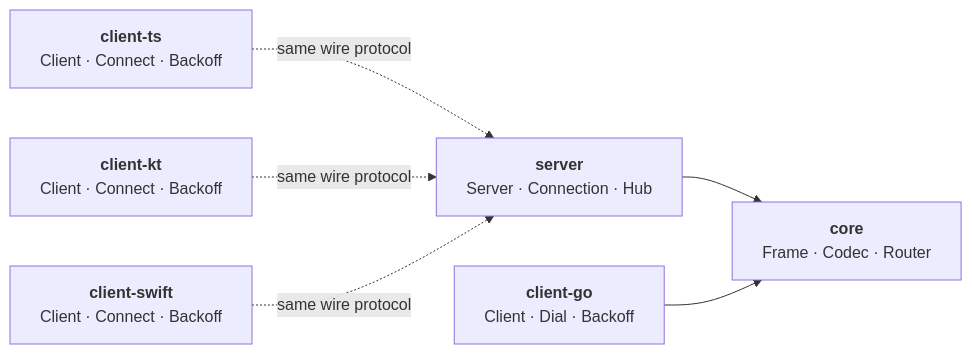
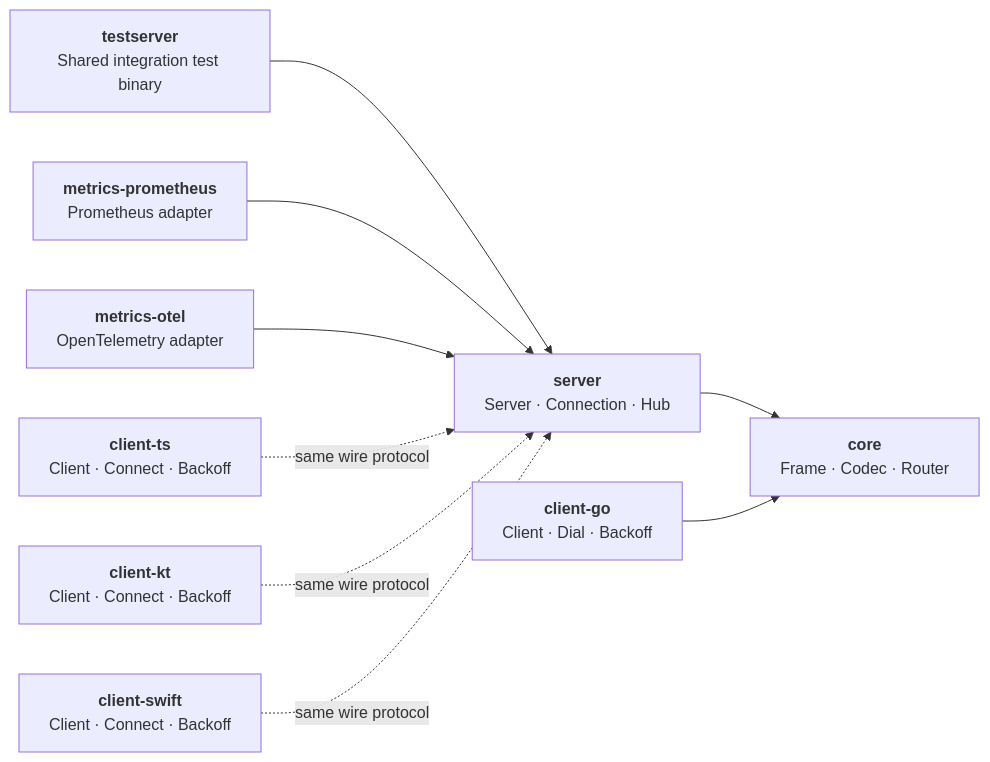
The diagram in profile/README.md (wspulse/.github), drawn with Mermaid before and after one commit. The commit also changed other lines of this file, not shown here.

````diff
--- a/profile/README.md
+++ b/profile/README.md
@@ -7,14 +7,21 @@
 ```mermaid
 graph LR
-    core["<b>core</b><br/>Frame · Codec · Router"]
-    server["<b>server</b><br/>Server · Connection · Hub"]
-    client-go["<b>client-go</b><br/>Client · Dial · Backoff"]
-    client-ts["<b>client-ts</b><br/>Client · Connect · Backoff"]
-    client-kt["<b>client-kt</b><br/>Client · Connect · Backoff"]
-    client-swift["<b>client-swift</b><br/>Client · Connect · Backoff"]
+    core["<b>core</b><br/>Frame &middot; Codec &middot; Router"]
+    server["<b>server</b><br/>Server &middot; Connection &middot; Hub"]
+    testserver["<b>testserver</b><br/>Shared integration test binary"]
+    client-go["<b>client-go</b><br/>Client &middot; Dial &middot; Backoff"]
+    client-ts["<b>client-ts</b><br/>Client &middot; Connect &middot; Backoff"]
+    client-kt["<b>client-kt</b><br/>Client &middot; Connect &middot; Backoff"]
+    client-swift["<b>client-swift</b><br/>Client &middot; Connect &middot; Backoff"]
+    metrics-prom["<b>metrics-prometheus</b><br/>Prometheus adapter"]
+    metrics-otel["<b>metrics-otel</b><br/>OpenTelemetry adapter"]
+
     server --> core
     client-go --> core
+    testserver --> server
+    metrics-prom --> server
+    metrics-otel --> server
     client-ts -. "same wire protocol" .-> server
     client-kt -. "same wire protocol" .-> server
     client-swift -. "same wire protocol" .-> server
 ```
````
